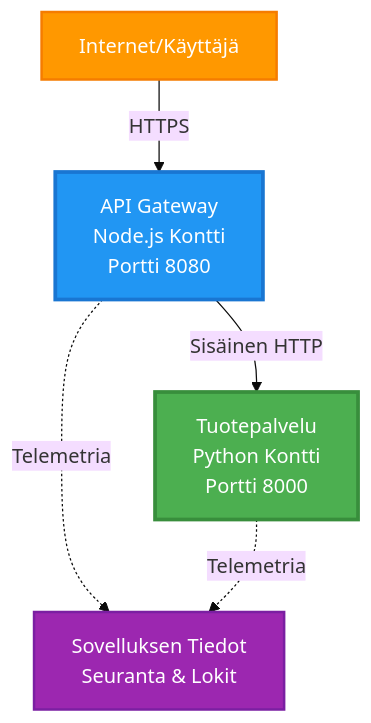
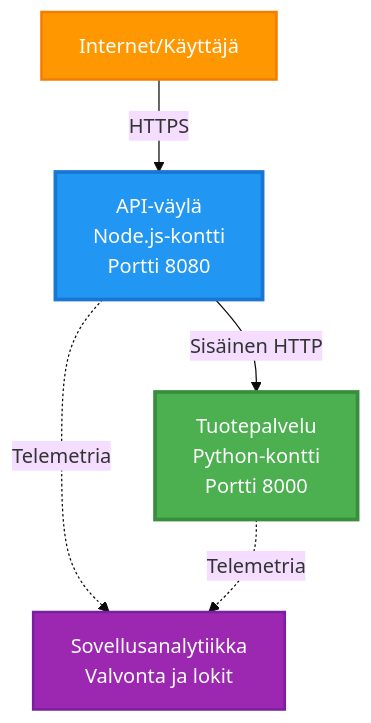
Before and after one commit to microsoft/AZD-for-beginners: the first of 4 diagrams in translations/fi/examples/microservices/README.md, drawn with Mermaid (base theme). The commit also changed other lines of this file and 242 other files, not shown here.

````diff
--- a/translations/fi/examples/microservices/README.md
+++ b/translations/fi/examples/microservices/README.md
@@ -40,17 +31,17 @@
 ```mermaid
 graph TB
     Internet[Internet/Käyttäjä]
-    Gateway[API Gateway<br/>Node.js Kontti<br/>Portti 8080]
-    Product[Tuotepalvelu<br/>Python Kontti<br/>Portti 8000]
-    AppInsights[Sovelluksen Tiedot<br/>Seuranta & Lokit]
+    Gateway[API-väylä<br/>Node.js-kontti<br/>Portti 8080]
+    Product[Tuotepalvelu<br/>Python-kontti<br/>Portti 8000]
+    AppInsights[Sovellusanalytiikka<br/>Valvonta ja lokit]
     
     Internet -->|HTTPS| Gateway
     Gateway -->|Sisäinen HTTP| Product
     Gateway -.->|Telemetria| AppInsights
     Product -.->|Telemetria| AppInsights
     
     style Gateway fill:#2196F3,stroke:#1976D2,stroke-width:3px,color:#fff
     style Product fill:#4CAF50,stroke:#388E3C,stroke-width:3px,color:#fff
     style Internet fill:#FF9800,stroke:#F57C00,stroke-width:2px,color:#fff
     style AppInsights fill:#9C27B0,stroke:#7B1FA2,stroke-width:2px,color:#fff
 ```
````
